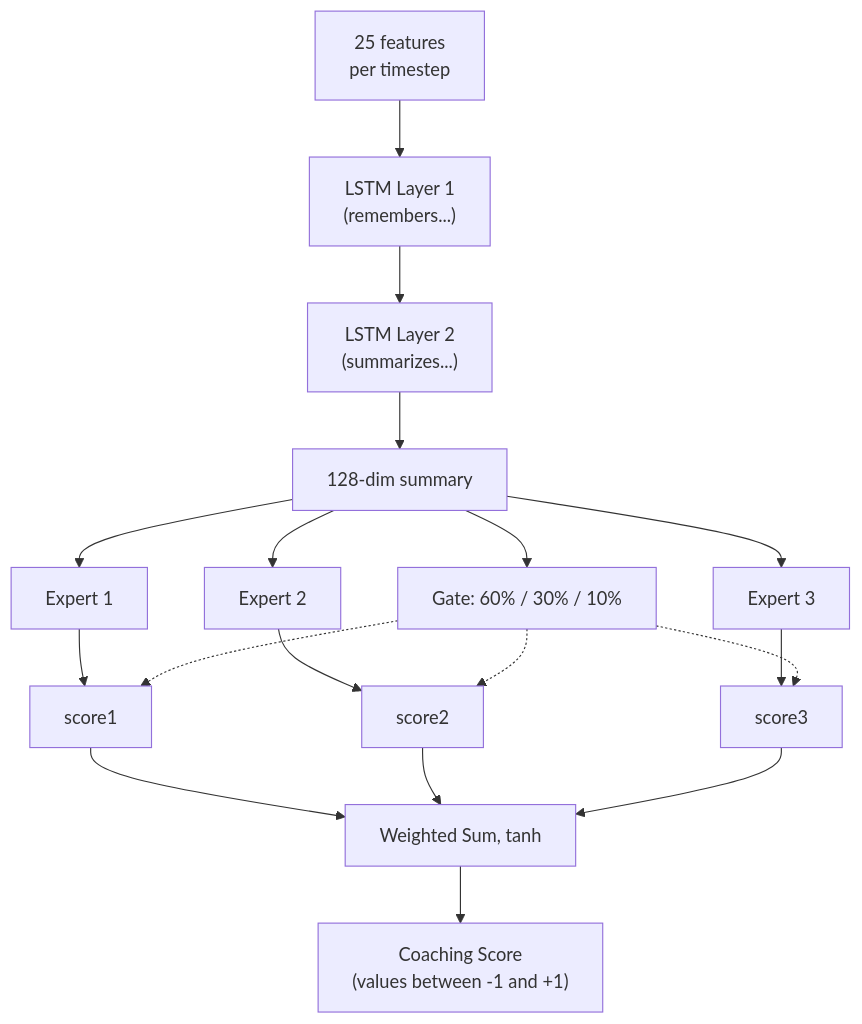
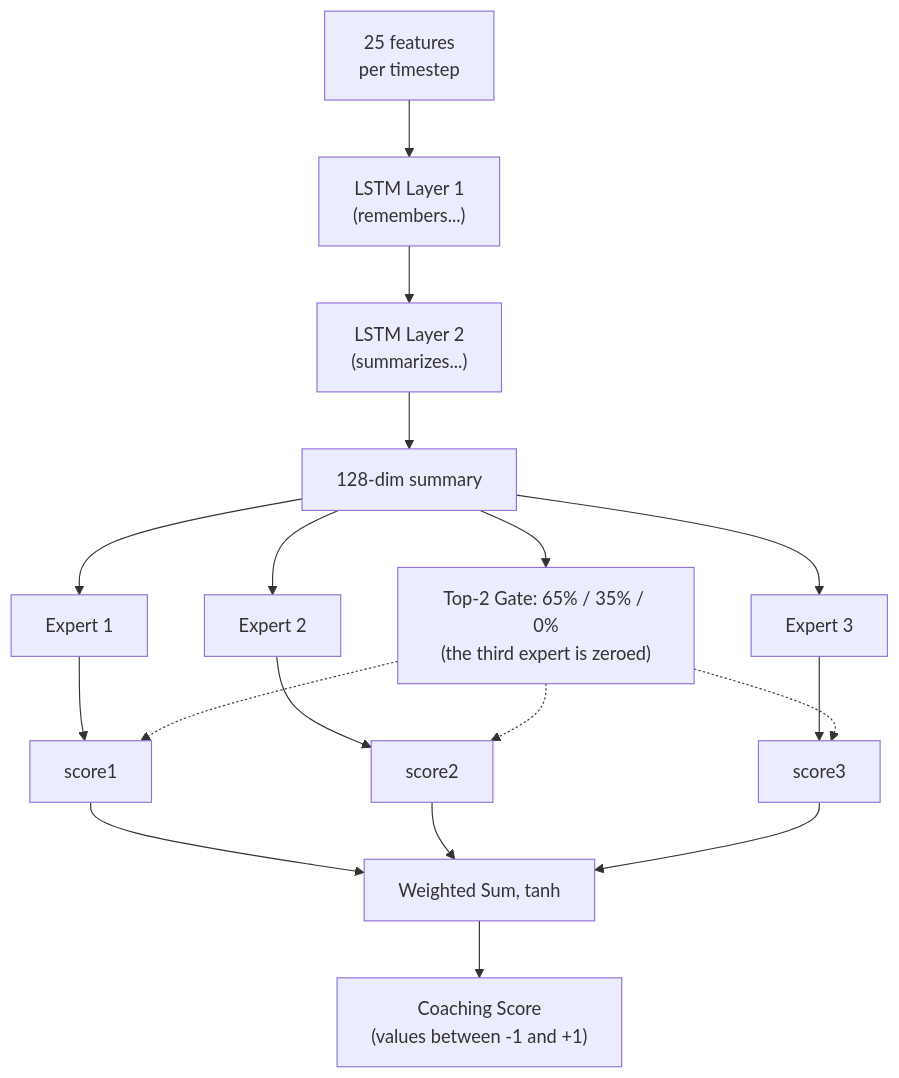
Before and after one commit to renanaugustomacena-ux/Counter-Strike-coach-AI: the sixth of 22 diagrams in docs/books/Book-Coach-1A-en.md, drawn with Mermaid. The commit also changed other lines of this file and 36 other files, not shown here.

````diff
--- a/docs/books/Book-Coach-1A-en.md
+++ b/docs/books/Book-Coach-1A-en.md
@@ -329,20 +331,20 @@
 ```mermaid
 flowchart TB
     IN["25 features<br/>per timestep"] --> LSTM1["LSTM Layer 1<br/>(remembers...)"]
     LSTM1 --> LSTM2["LSTM Layer 2<br/>(summarizes...)"]
     LSTM2 --> SUM["128-dim summary"]
     SUM --> E1["Expert 1"]
     SUM --> E2["Expert 2"]
     SUM --> E3["Expert 3"]
     E1 --> S1["score1"]
     E2 --> S2["score2"]
     E3 --> S3["score3"]
-    SUM --> GATE["Gate: 60% / 30% / 10%"]
+    SUM --> GATE["Top-2 Gate: 65% / 35% / 0%<br/>(the third expert is zeroed)"]
     GATE -.-> S1
     GATE -.-> S2
     GATE -.-> S3
     S1 --> WS["Weighted Sum, tanh"]
     S2 --> WS
     S3 --> WS
     WS --> OUT["Coaching Score<br/>(values between -1 and +1)"]
 ```
````
